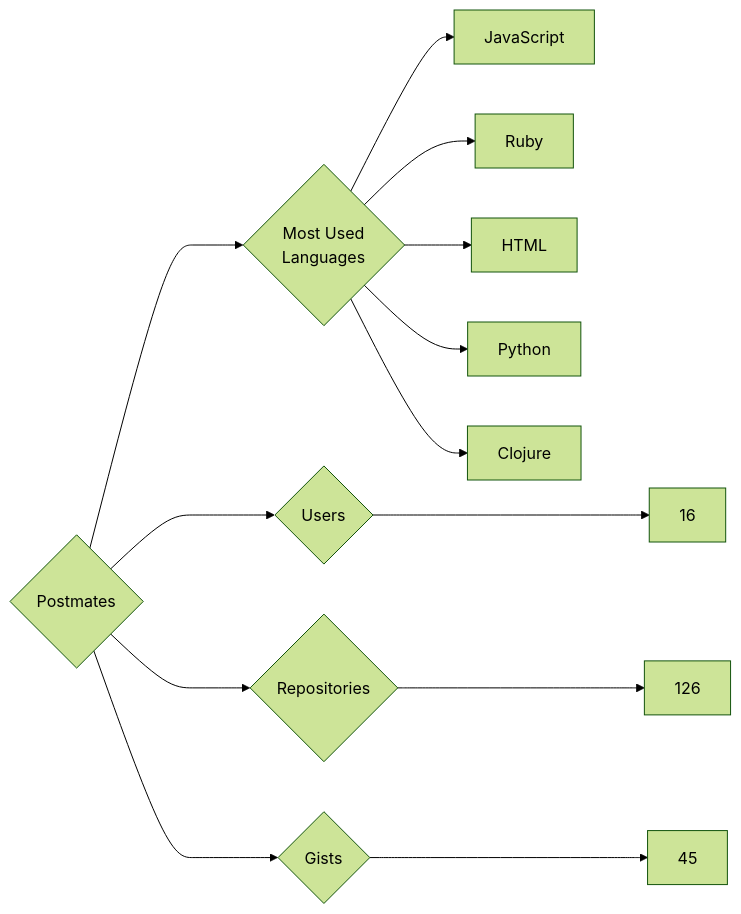
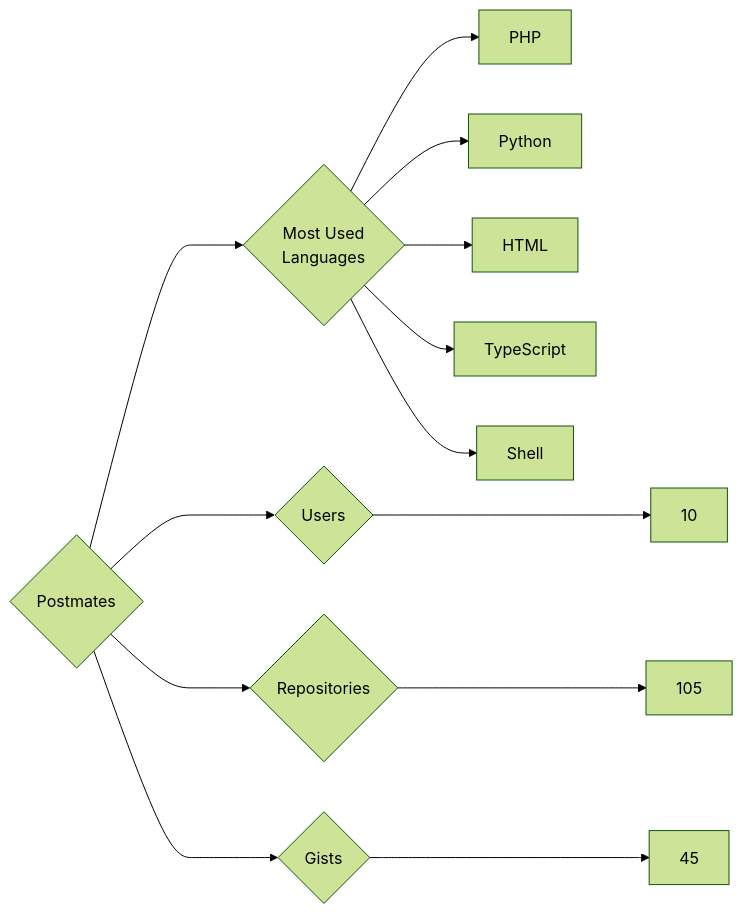
Before and after one commit to trickest/insiders: the diagram in targets/Postmates/README.md, drawn with Mermaid (forest theme). The commit also changed 1248 other files, not shown here.

````diff
--- a/targets/Postmates/README.md
+++ b/targets/Postmates/README.md
@@ -3,13 +3,13 @@
 ```mermaid
 graph LR
 COMPANY_NAME{Postmates}
-COMPANY_NAME ---> U{Users} ---> UN[16]
-COMPANY_NAME ---> R{Repositories} ---> RN[126]
+COMPANY_NAME ---> U{Users} ---> UN[10]
+COMPANY_NAME ---> R{Repositories} ---> RN[105]
 COMPANY_NAME ---> G{Gists} ---> GN[45]
 COMPANY_NAME ---> ML{Most Used<br>Languages}
-ML --> JavaScript[JavaScript]
-ML --> Ruby[Ruby]
+ML --> PHP[PHP]
+ML --> Python[Python]
 ML --> HTML[HTML]
-ML --> Python[Python]
-ML --> Clojure[Clojure]
+ML --> TypeScript[TypeScript]
+ML --> Shell[Shell]
 ```
````
